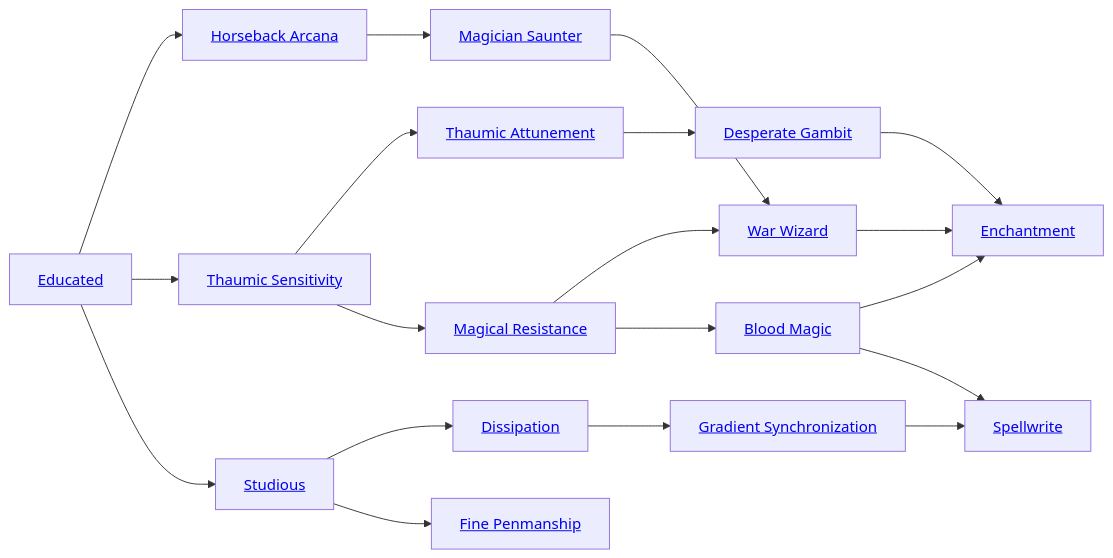
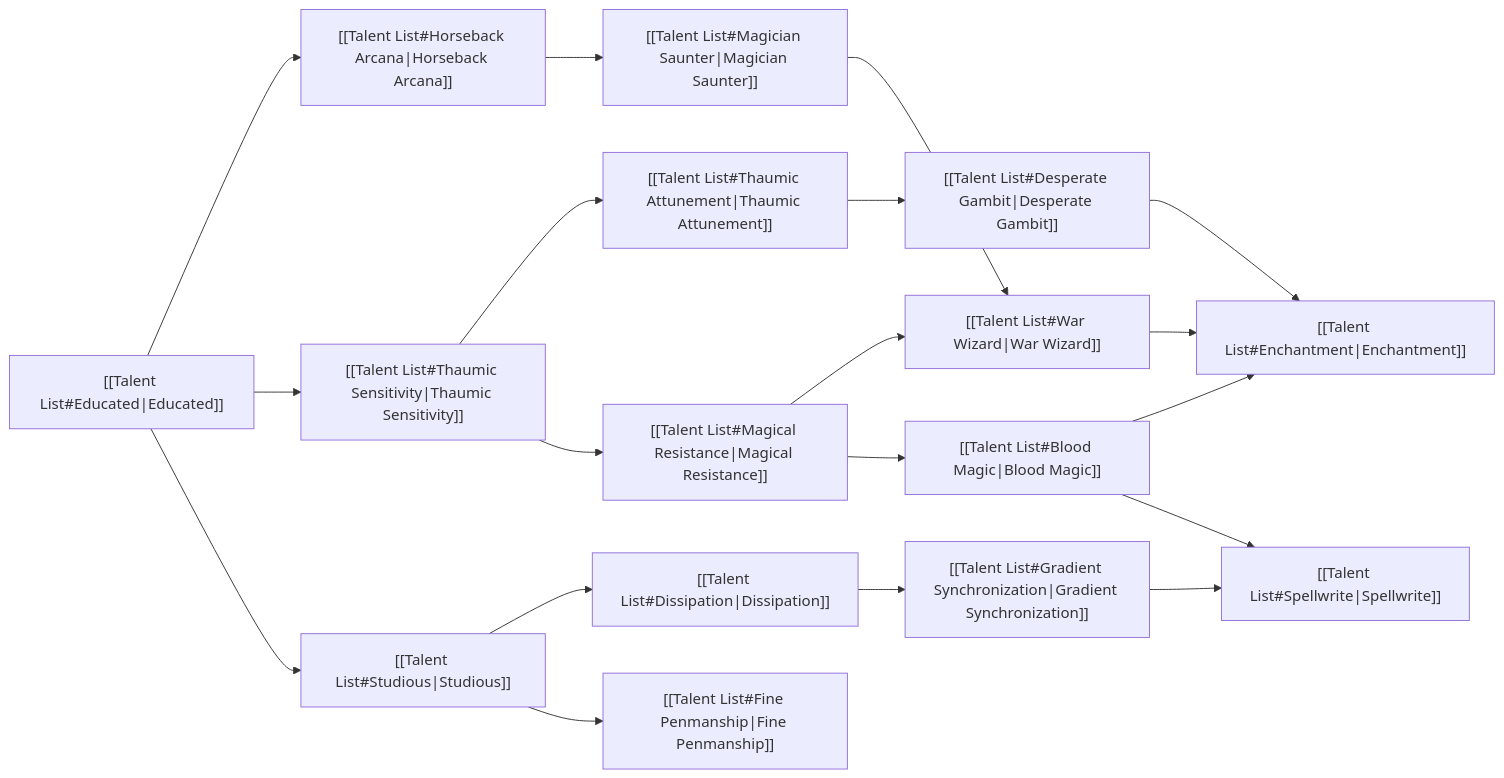
Before and after one commit to donutrj/verdigris: the ninth of 9 diagrams in quartz/content/Characters/Talents/Talent Trees.md, drawn with Mermaid. The commit also changed other lines of this file, not shown here.

First line of the commit message:
Fix Mermaid diagram links in Talent Trees

````diff
--- a/quartz/content/Characters/Talents/Talent Trees.md
+++ b/quartz/content/Characters/Talents/Talent Trees.md
@@ -276,39 +276,39 @@
 ``` mermaid
 graph LR
 
-A[<a class='internal-link is-unresolved' href='Talent List#Blood Magic'>Blood Magic</a>]
-B[<a class='internal-link is-unresolved' href='Talent List#Desperate Gambit'>Desperate Gambit</a>]
-C[<a class='internal-link is-unresolved' href='Talent List#Dissipation'>Dissipation</a>]
-D[<a class='internal-link is-unresolved' href='Talent List#Educated'>Educated</a>]
-E[<a class='internal-link is-unresolved' href='Talent List#Enchantment'>Enchantment</a>]
-F[<a class='internal-link is-unresolved' href='Talent List#Fine Penmanship'>Fine Penmanship</a>]
-G[<a class='internal-link is-unresolved' href='Talent List#Gradient Synchronization'>Gradient Synchronization</a>]
-H[<a class='internal-link is-unresolved' href='Talent List#Horseback Arcana'>Horseback Arcana</a>]
-I[<a class='internal-link is-unresolved' href='Talent List#Magical Resistance'>Magical Resistance</a>]
-J[<a class='internal-link is-unresolved' href='Talent List#Magician Saunter'>Magician Saunter</a>]
-K[<a class='internal-link is-unresolved' href='Talent List#Spellwrite'>Spellwrite</a>]
-L[<a class='internal-link is-unresolved' href='Talent List#Thaumic Attunement'>Thaumic Attunement</a>]
-M[<a class='internal-link is-unresolved' href='Talent List#Thaumic Sensitivity'>Thaumic Sensitivity</a>]
-N[<a class='internal-link is-unresolved' href='Talent List#War Wizard'>War Wizard</a>]
-O[<a class='internal-link is-unresolved' href='Talent List#Studious'>Studious</a>]
+A["[[Talent List#Blood Magic|Blood Magic]]"]
+B["[[Talent List#Desperate Gambit|Desperate Gambit]]"]
+C["[[Talent List#Dissipation|Dissipation]]"]
+D["[[Talent List#Educated|Educated]]"]
+E["[[Talent List#Enchantment|Enchantment]]"]
+F["[[Talent List#Fine Penmanship|Fine Penmanship]]"]
+G["[[Talent List#Gradient Synchronization|Gradient Synchronization]]"]
+H["[[Talent List#Horseback Arcana|Horseback Arcana]]"]
+I["[[Talent List#Magical Resistance|Magical Resistance]]"]
+J["[[Talent List#Magician Saunter|Magician Saunter]]"]
+K["[[Talent List#Spellwrite|Spellwrite]]"]
+L["[[Talent List#Thaumic Attunement|Thaumic Attunement]]"]
+M["[[Talent List#Thaumic Sensitivity|Thaumic Sensitivity]]"]
+N["[[Talent List#War Wizard|War Wizard]]"]
+O["[[Talent List#Studious|Studious]]"]
 
 I --> N
 D --> H
 D --> M
 D --> O
 H --> J
 M --> L
 M --> I
 O --> C
 O --> F
 J --> N
 L --> B
 I --> A
 C --> G
 N --> E
 B --> E
 A --> E
 A --> K
 G --> K
 
 ```
````
